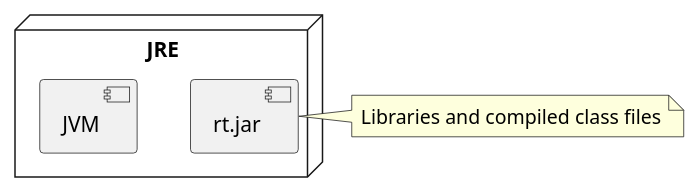
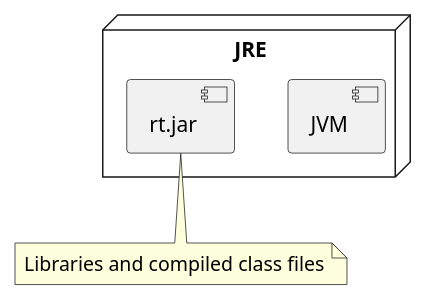
Before and after one commit to windowforsun/blog: the diagram in plantuml/java/concept-jvm-2.plantuml, drawn with PlantUML. The commit also changed 4 other files, not shown here.

```diff
--- a/plantuml/java/concept-jvm-2.plantuml
+++ b/plantuml/java/concept-jvm-2.plantuml
@@ -1,11 +1,11 @@
 @startuml
 
 node JRE {
 	[JVM]
 	[rt.jar]
 }
 
-note right of [rt.jar]
+note bottom of [rt.jar]
 	Libraries and compiled class files
 end note
 @enduml
```
